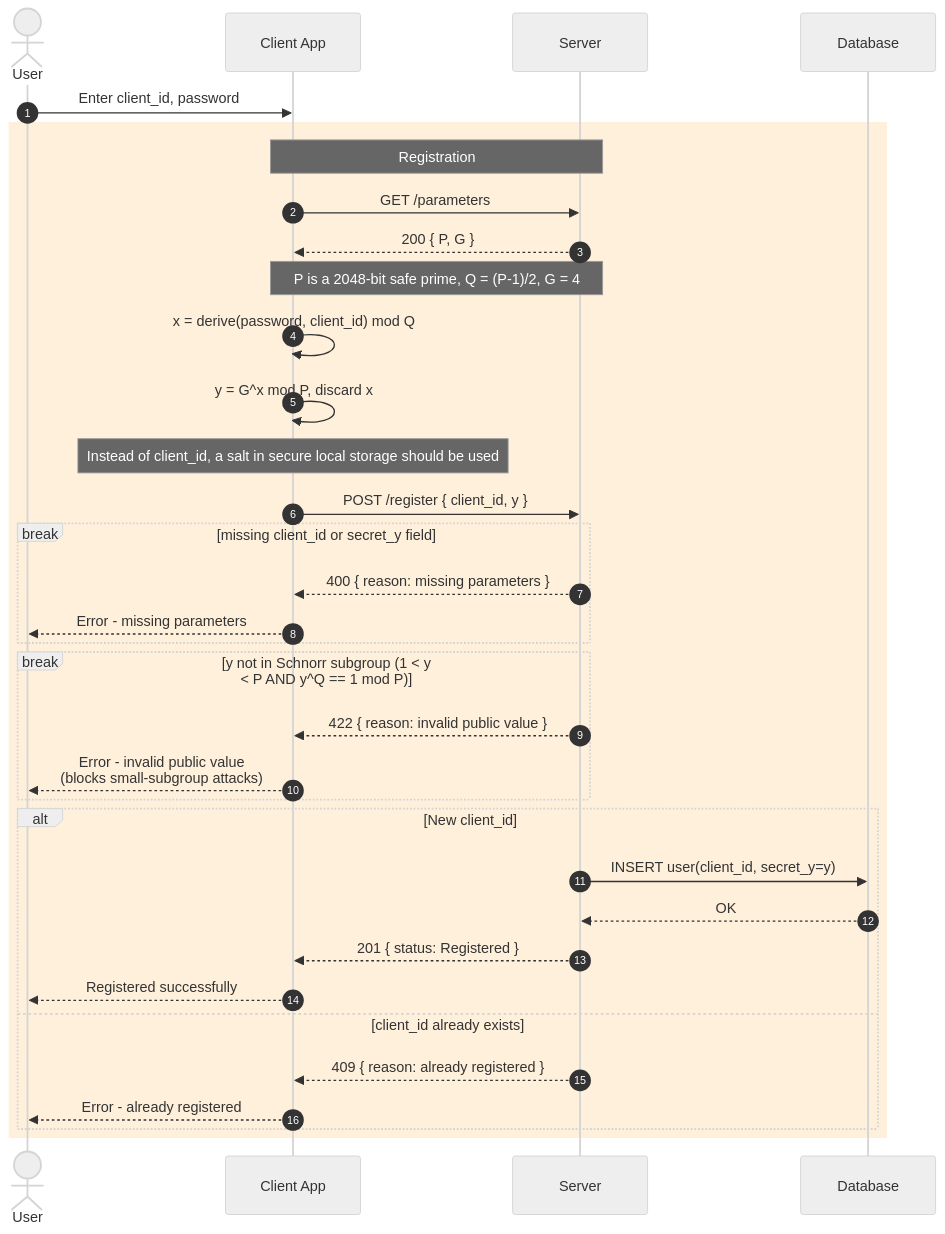
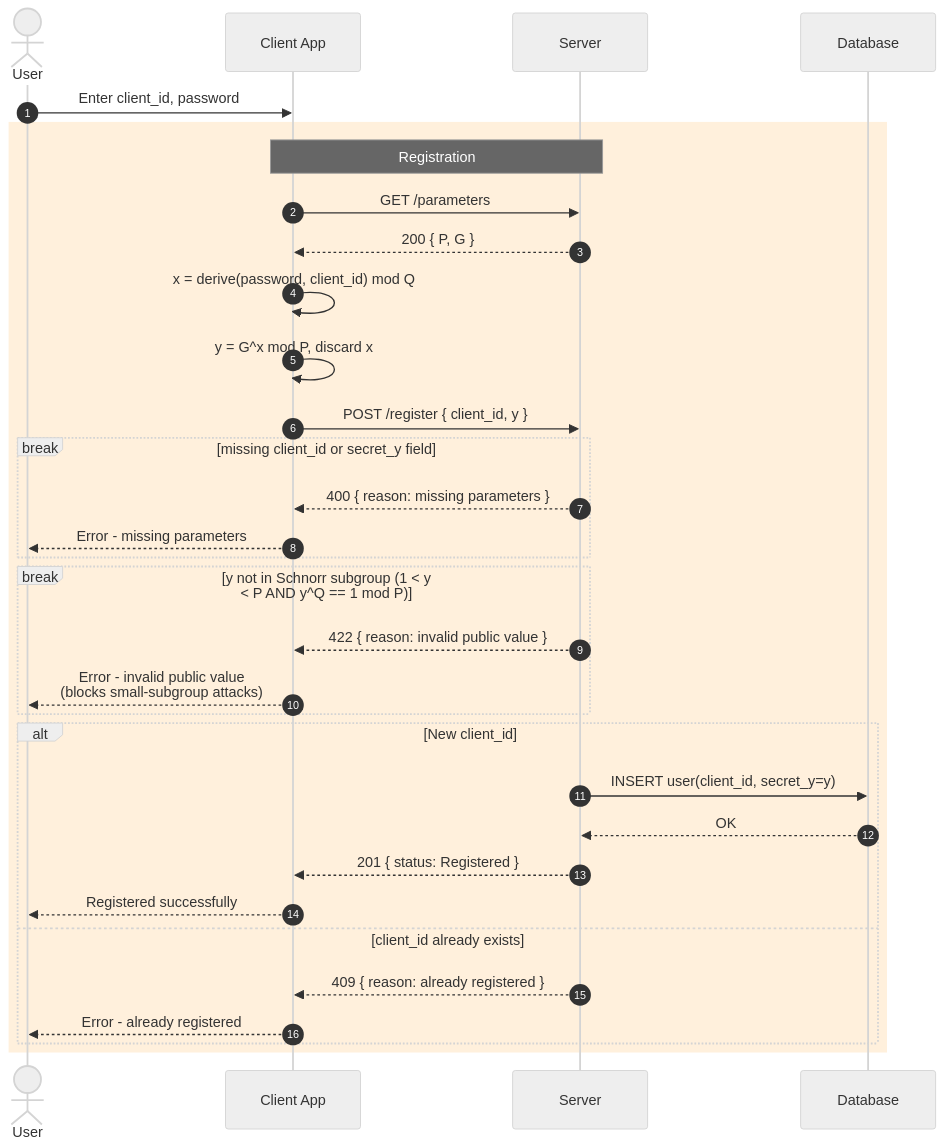
Before and after one commit to matei-rares-a/acas: the diagram in diagrams/done/client_server_sequence_register_detailed.mmd, drawn with Mermaid (neutral theme). The commit also changed 21 other files, not shown here.

```diff
--- a/diagrams/done/client_server_sequence_register_detailed.mmd
+++ b/diagrams/done/client_server_sequence_register_detailed.mmd
@@ -1,36 +1,34 @@
 sequenceDiagram
     autonumber
     actor U as User
     participant UI as Client App
     participant API as Server
     participant DB as Database
 
     U->>UI: Enter client_id, password
 
     rect rgb(255, 240, 220)
     Note over UI,API: Registration
     UI->>API: GET /parameters
     API-->>UI: 200 { P, G }
-    Note over UI,API: P is a 2048-bit safe prime, Q = (P-1)/2, G = 4
     UI->>UI: x = derive(password, client_id) mod Q
     UI->>UI:  y = G^x mod P, discard x 
-    Note over UI: Instead of client_id, a salt in secure local storage should be used
     UI->>API: POST /register  { client_id, y }
     break missing client_id or secret_y field
         API-->>UI: 400 { reason: missing parameters }
         UI-->>U: Error - missing parameters
     end
     break y not in Schnorr subgroup  (1 < y < P  AND  y^Q == 1 mod P)
         API-->>UI: 422 { reason: invalid public value }
         UI-->>U: Error - invalid public value <br/>(blocks small-subgroup attacks)
     end
     alt New client_id
         API->>DB: INSERT user(client_id, secret_y=y)
         DB-->>API: OK
         API-->>UI: 201 { status: Registered }
         UI-->>U: Registered successfully
     else client_id already exists
         API-->>UI: 409 { reason: already registered }
         UI-->>U: Error - already registered
     end
     end
```
